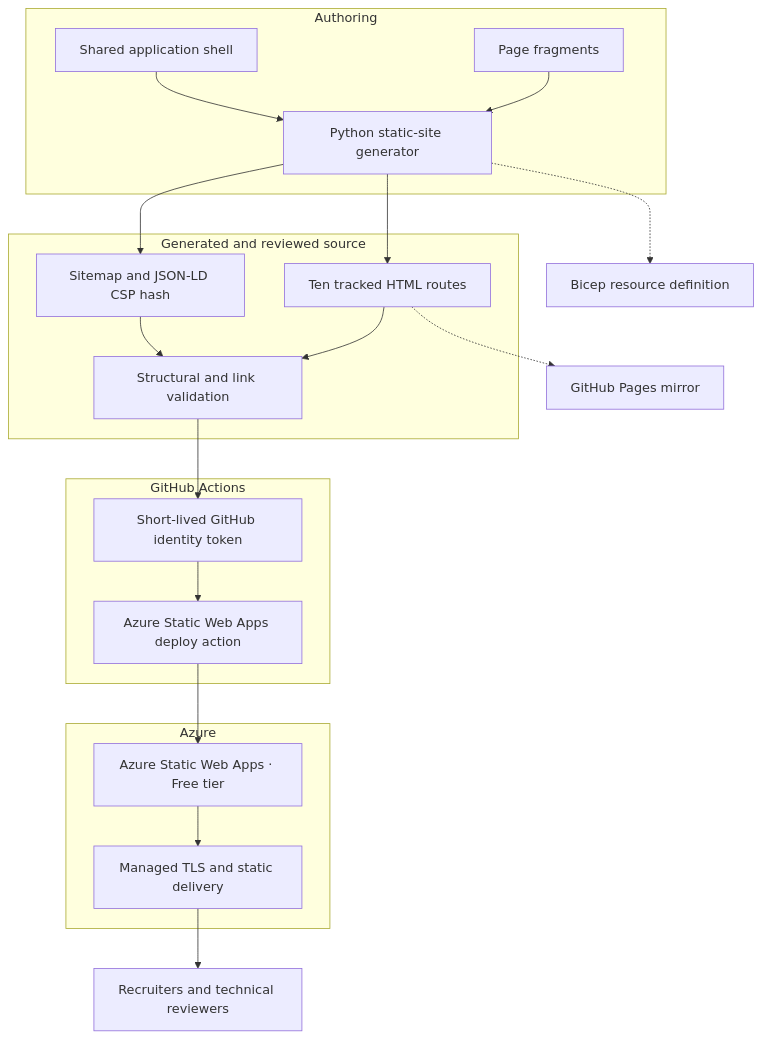
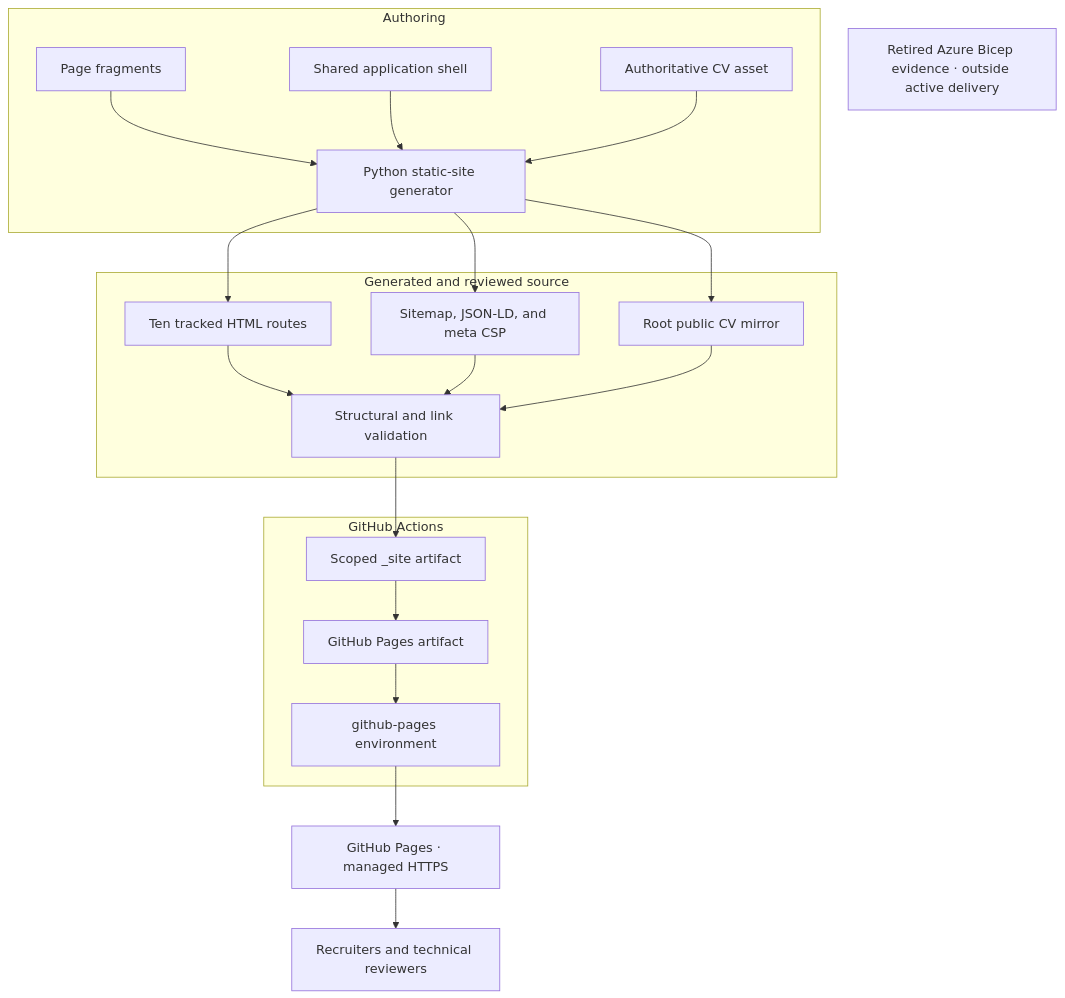
One commit to yossefseit/yossefseit.github.io changed the diagram in docs/architecture.md. Above: the diagram before and after it, drawn with Mermaid. The commit also changed other lines of this file and 46 other files, not shown here.

Commit message:
Migrate portfolio delivery and public links to GitHub Pages

````diff
--- a/docs/architecture.md
+++ b/docs/architecture.md
@@ -12,31 +12,31 @@
 ```mermaid
 flowchart TD
     subgraph Authoring["Authoring"]
         Content["Page fragments"]
         Template["Shared application shell"]
+        CVSource["Authoritative CV asset"]
         Generator["Python static-site generator"]
         Content --> Generator
         Template --> Generator
+        CVSource --> Generator
     end
 
     subgraph Review["Generated and reviewed source"]
         Generator --> Pages["Ten tracked HTML routes"]
-        Generator --> Metadata["Sitemap and JSON-LD CSP hash"]
+        Generator --> Metadata["Sitemap, JSON-LD, and meta CSP"]
+        Generator --> CVMirror["Root public CV mirror"]
         Pages --> Validator["Structural and link validation"]
         Metadata --> Validator
+        CVMirror --> Validator
     end
 
     subgraph Delivery["GitHub Actions"]
-        Validator --> Identity["Short-lived GitHub identity token"]
-        Identity --> Upload["Azure Static Web Apps deploy action"]
+        Validator --> Stage["Scoped _site artifact"]
+        Stage --> Upload["GitHub Pages artifact"]
+        Upload --> Deploy["github-pages environment"]
     end
 
-    subgraph Azure["Azure"]
-        Upload --> SWA["Azure Static Web Apps · Free tier"]
-        SWA --> Edge["Managed TLS and static delivery"]
-    end
-
-    Edge --> Visitors["Recruiters and technical reviewers"]
-    Pages -.-> GitHubPages["GitHub Pages mirror"]
-    Generator -.-> IaC["Bicep resource definition"]
+    Deploy --> PagesHost["GitHub Pages · managed HTTPS"]
+    PagesHost --> Visitors["Recruiters and technical reviewers"]
+    RetiredIaC["Retired Azure Bicep evidence · outside active delivery"]
 ```
````
